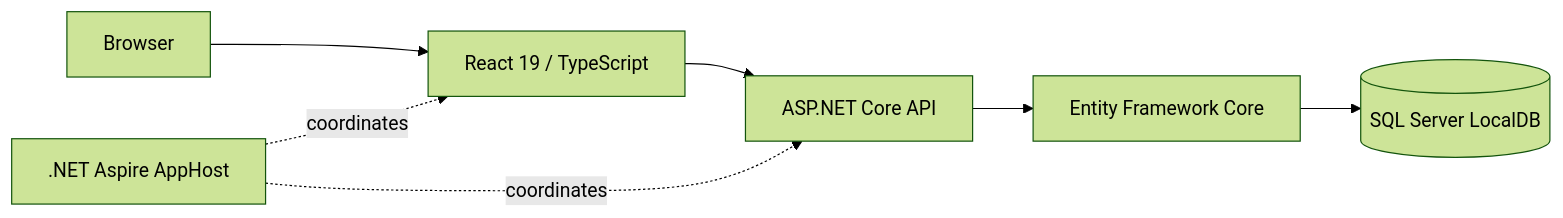
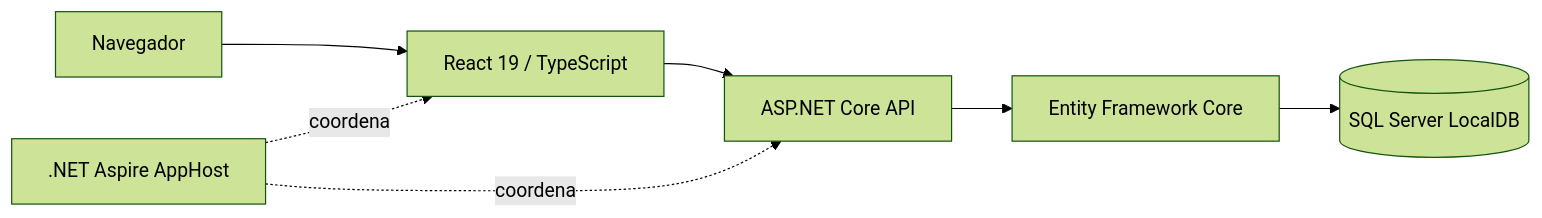
Before and after one commit to RMBarros-Dev/Hydra-Digital-Shop: the diagram in README.md, drawn with Mermaid (forest theme). The commit also changed other lines of this file and 1 other file, not shown here.

````diff
--- a/README.md
+++ b/README.md
@@ -79,9 +62,9 @@
 ```mermaid
 flowchart LR
-    Browser[Browser] --> Frontend[React 19 / TypeScript]
-    Frontend --> API[ASP.NET Core API]
-    API --> EF[Entity Framework Core]
-    EF --> DB[(SQL Server LocalDB)]
-    AppHost[.NET Aspire AppHost] -. coordinates .-> Frontend
-    AppHost -. coordinates .-> API
+  Browser[Navegador] --> React[React 19 / TypeScript]
+  React --> API[ASP.NET Core API]
+  API --> EF[Entity Framework Core]
+  EF --> DB[(SQL Server LocalDB)]
+  Host[.NET Aspire AppHost] -. coordena .-> React
+  Host -. coordena .-> API
 ```
````
